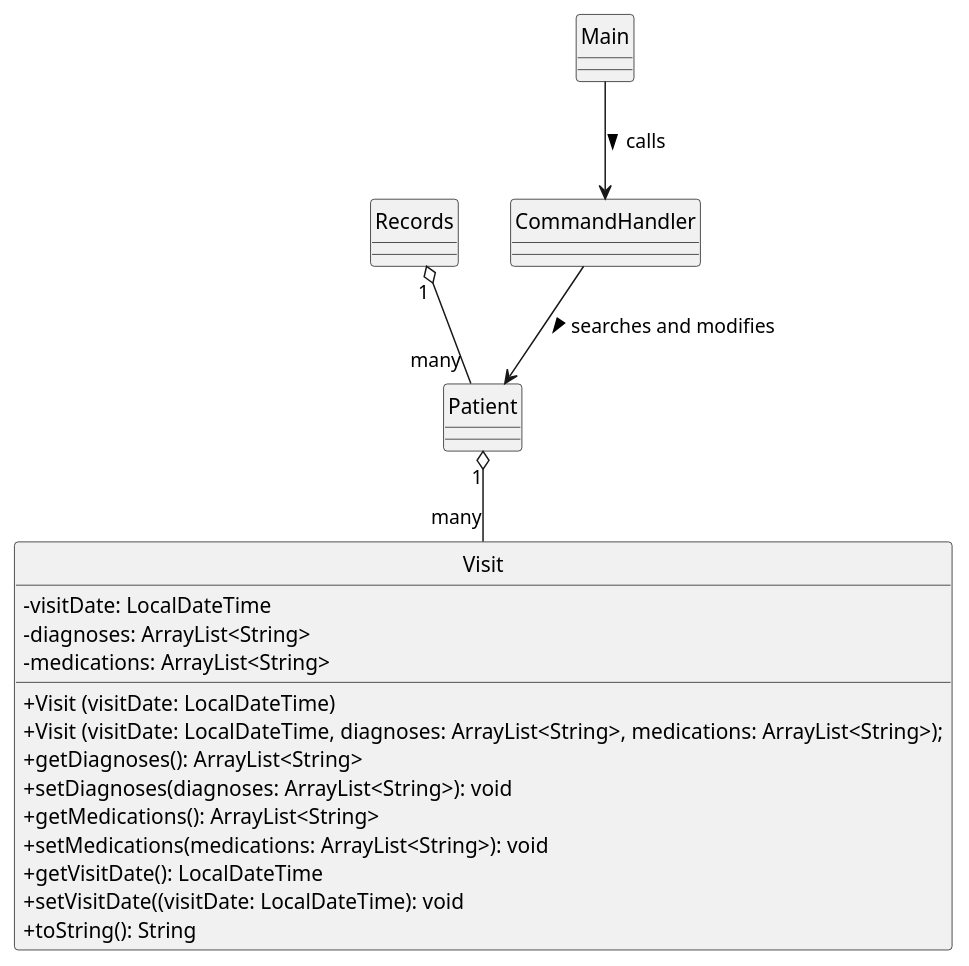
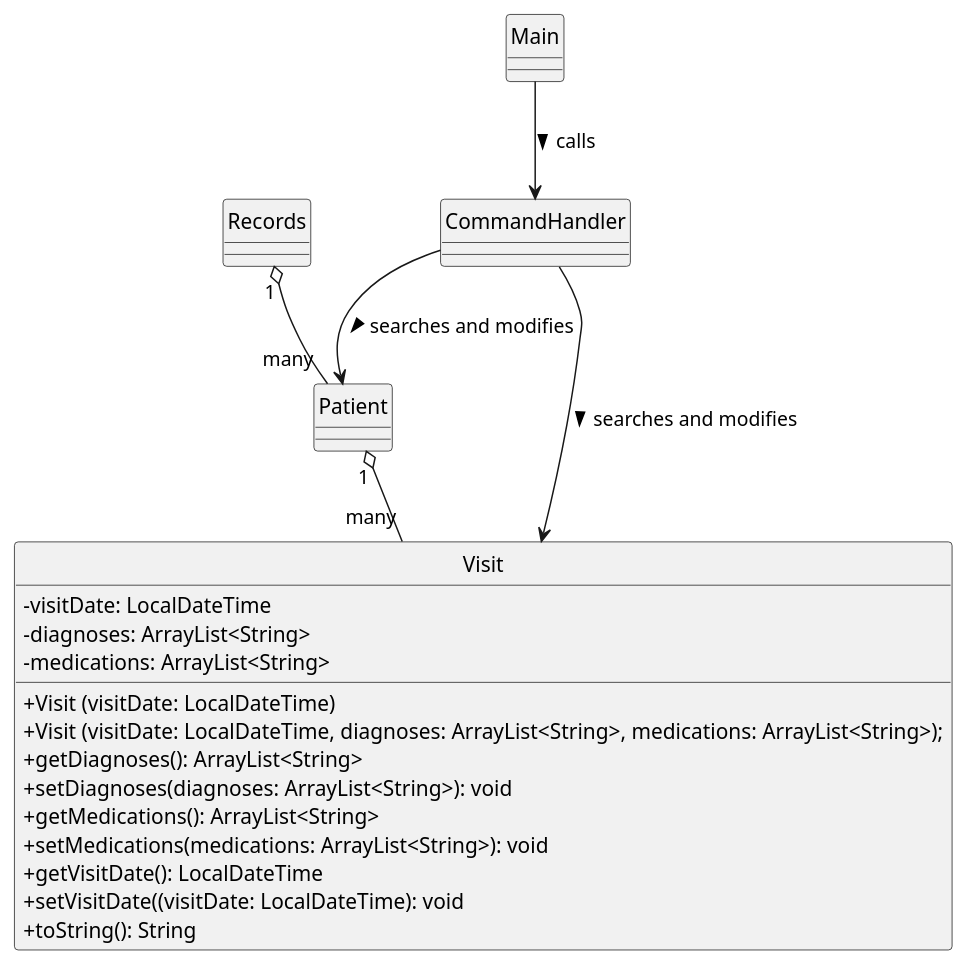
One commit to yentheng0110/tp changed the diagram in docs/Visit.puml. Above: the diagram before and after it, drawn with PlantUML. The commit also changed 8 other files, not shown here.

```diff
--- a/docs/Visit.puml
+++ b/docs/Visit.puml
@@ -1,33 +1,34 @@
 @startuml
 'https://plantuml.com/class-diagram
 skinparam classAttributeIconSize 0
 hide circle
 
 class Visit {
 -visitDate: LocalDateTime
 -diagnoses: ArrayList<String>
 -medications: ArrayList<String>
 +Visit (visitDate: LocalDateTime)
 +Visit (visitDate: LocalDateTime, diagnoses: ArrayList<String>, medications: ArrayList<String>);
 +getDiagnoses(): ArrayList<String>
 +setDiagnoses(diagnoses: ArrayList<String>): void
 +getMedications(): ArrayList<String>
 +setMedications(medications: ArrayList<String>): void
 +getVisitDate(): LocalDateTime
 +setVisitDate((visitDate: LocalDateTime): void
 +toString(): String
 }
 
 class Patient {}
 class Visit {}
 class Main {}
 class Records {}
 class CommandHandler {}
 
 
 Main --> CommandHandler : calls >
 CommandHandler --> Patient : searches and modifies >
+CommandHandler --> Visit : searches and modifies >
 Records "1" o-- "many" Patient
 Patient "1" o-- "many" Visit
 
 @enduml
```
